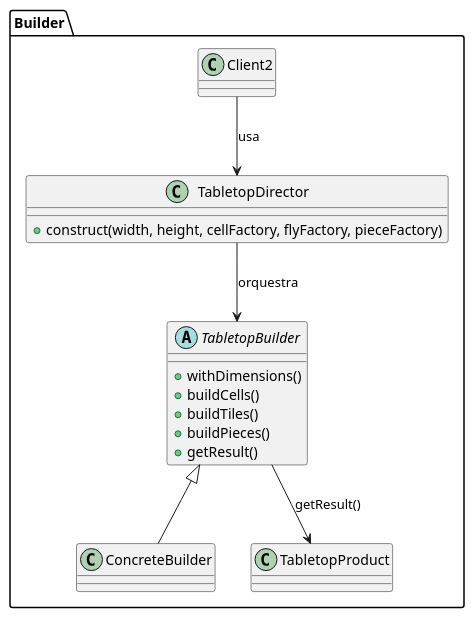
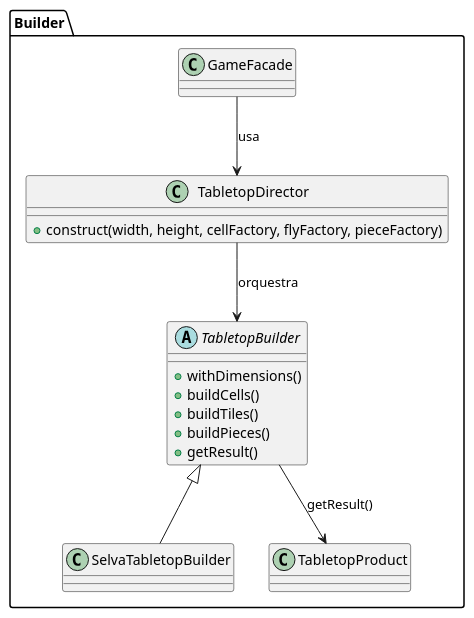
Before and after one commit to 20242-ifba-saj-ads-ppr/framework-equipe2: the second of 16 diagrams in README.md, drawn with PlantUML. The commit also changed other lines of this file and 4 other files, not shown here.

````diff
--- a/README.md
+++ b/README.md
@@ -97,24 +74,24 @@
 ```plantuml
 @startuml
 package "Builder" {
-    class Client2
+    class GameFacade
     class TabletopDirector {
         +construct(width, height, cellFactory, flyFactory, pieceFactory)
     }
     abstract class TabletopBuilder {
         +withDimensions()
         +buildCells()
         +buildTiles()
         +buildPieces()
         +getResult()
     }
-    class ConcreteBuilder
+    class SelvaTabletopBuilder
     class TabletopProduct
 
-    Client2 --> TabletopDirector : usa
+    GameFacade --> TabletopDirector : usa
     TabletopDirector --> TabletopBuilder : orquestra
-    TabletopBuilder <|-- ConcreteBuilder
+    TabletopBuilder <|-- SelvaTabletopBuilder
     TabletopBuilder --> TabletopProduct : getResult()
 }
 @enduml
 ```
````
